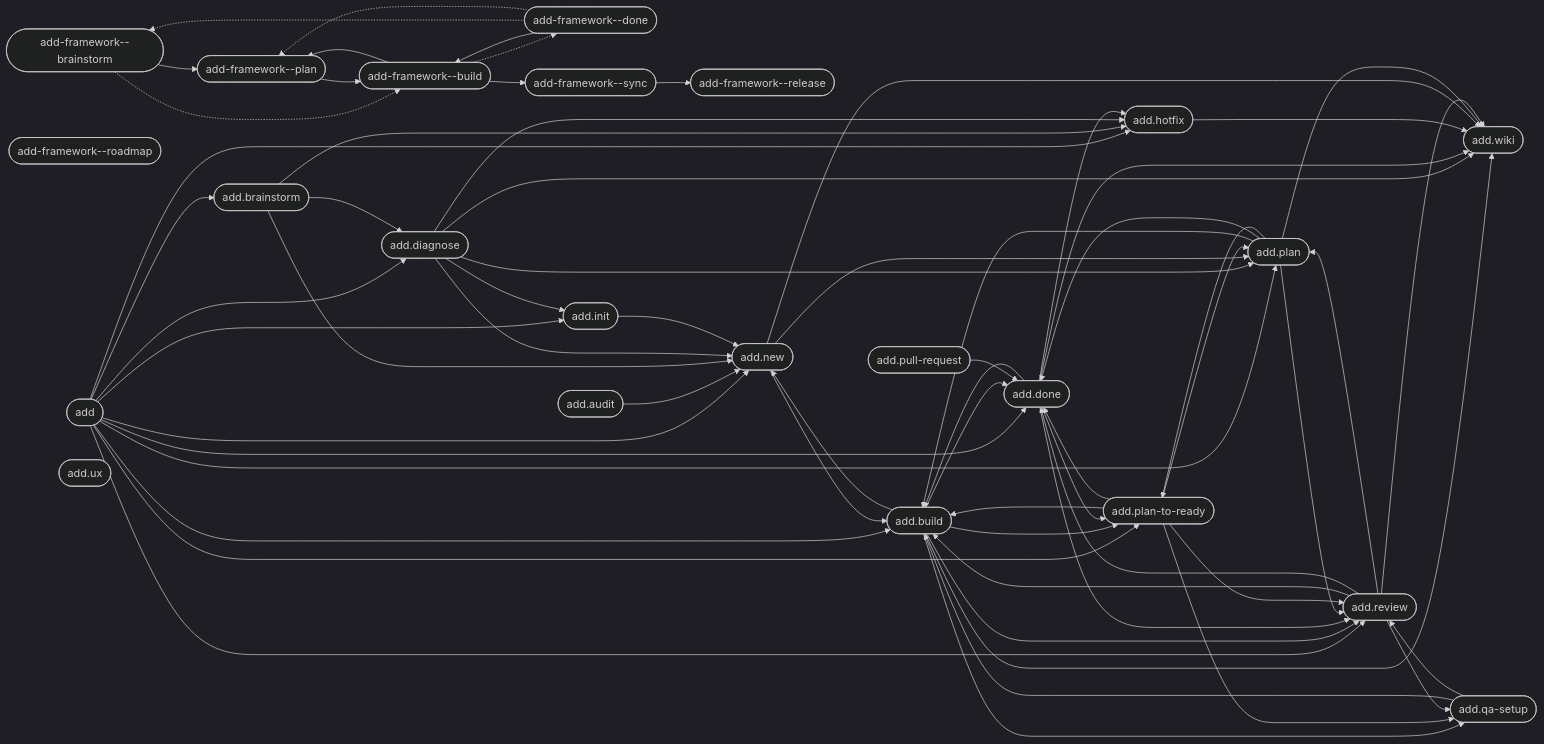
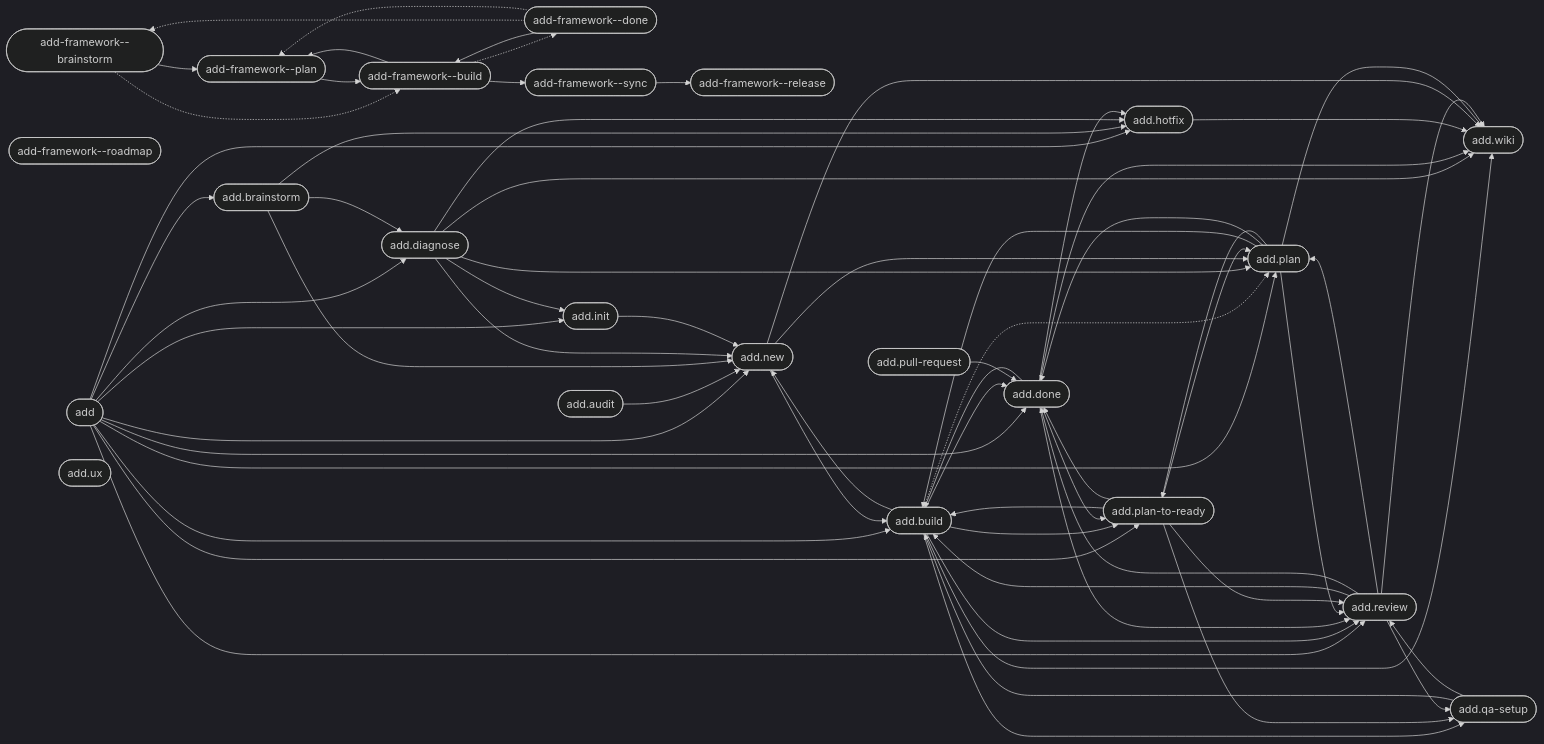
One commit to brabos-ai/code-addiction changed the diagram in web/public/artefact-graph.mmd. Above: the diagram before and after it, drawn with Mermaid (dark theme).

Commit message:
chore(internal): regenerate the artefact diagram after F14's new edge
F14 is [product] and web/ is repo root, which is the internal layer. The layer
rule opens a new block for a path the current tag does not reach, the same way
F1b did for CLAUDE.md.

One line: the dotted link from add.build to add.plan, which is how the diagram
draws a `mention:`. The readback-agent edge does not appear — the diagram's
profile renders command nodes only.

Written by `node scripts/graph.js mermaid --write`, never by hand.

F-Block: F14b (opened by the layer rule, not by the plan)
Plan: 2026-09-11T014333-PLAN--product-close-out-parity

Claude-Session: https://claude.ai/code/session_01DAK72Ew8v9BanHJyi52A7k

```diff
--- a/web/public/artefact-graph.mmd
+++ b/web/public/artefact-graph.mmd
@@ -1,87 +1,88 @@
 flowchart LR
     n_internal_command_add_framework__brainstorm(["add-framework--brainstorm"])
     n_internal_command_add_framework__build(["add-framework--build"])
     n_internal_command_add_framework__done(["add-framework--done"])
     n_internal_command_add_framework__plan(["add-framework--plan"])
     n_internal_command_add_framework__release(["add-framework--release"])
     n_internal_command_add_framework__roadmap(["add-framework--roadmap"])
     n_internal_command_add_framework__sync(["add-framework--sync"])
     n_product_command_add(["add"])
     n_product_command_add_audit(["add.audit"])
     n_product_command_add_brainstorm(["add.brainstorm"])
     n_product_command_add_build(["add.build"])
     n_product_command_add_diagnose(["add.diagnose"])
     n_product_command_add_done(["add.done"])
     n_product_command_add_hotfix(["add.hotfix"])
     n_product_command_add_init(["add.init"])
     n_product_command_add_new(["add.new"])
     n_product_command_add_plan(["add.plan"])
     n_product_command_add_plan_to_ready(["add.plan-to-ready"])
     n_product_command_add_pull_request(["add.pull-request"])
     n_product_command_add_qa_setup(["add.qa-setup"])
     n_product_command_add_review(["add.review"])
     n_product_command_add_ux(["add.ux"])
     n_product_command_add_wiki(["add.wiki"])
     n_internal_command_add_framework__brainstorm --> n_internal_command_add_framework__plan
     n_internal_command_add_framework__brainstorm -.-> n_internal_command_add_framework__build
     n_internal_command_add_framework__build --> n_internal_command_add_framework__plan
     n_internal_command_add_framework__build --> n_internal_command_add_framework__sync
     n_internal_command_add_framework__build -.-> n_internal_command_add_framework__done
     n_internal_command_add_framework__done --> n_internal_command_add_framework__build
     n_internal_command_add_framework__done -.-> n_internal_command_add_framework__brainstorm
     n_internal_command_add_framework__done -.-> n_internal_command_add_framework__plan
     n_internal_command_add_framework__plan --> n_internal_command_add_framework__build
     n_internal_command_add_framework__sync --> n_internal_command_add_framework__release
     n_product_command_add --> n_product_command_add_brainstorm
     n_product_command_add --> n_product_command_add_build
     n_product_command_add --> n_product_command_add_diagnose
     n_product_command_add --> n_product_command_add_done
     n_product_command_add --> n_product_command_add_hotfix
     n_product_command_add --> n_product_command_add_init
     n_product_command_add --> n_product_command_add_new
     n_product_command_add --> n_product_command_add_plan
     n_product_command_add --> n_product_command_add_plan_to_ready
     n_product_command_add --> n_product_command_add_review
     n_product_command_add_audit --> n_product_command_add_new
     n_product_command_add_brainstorm --> n_product_command_add_diagnose
     n_product_command_add_brainstorm --> n_product_command_add_hotfix
     n_product_command_add_brainstorm --> n_product_command_add_new
     n_product_command_add_build --> n_product_command_add_done
     n_product_command_add_build --> n_product_command_add_new
     n_product_command_add_build --> n_product_command_add_plan_to_ready
     n_product_command_add_build --> n_product_command_add_qa_setup
     n_product_command_add_build --> n_product_command_add_review
     n_product_command_add_build --> n_product_command_add_wiki
+    n_product_command_add_build -.-> n_product_command_add_plan
     n_product_command_add_diagnose --> n_product_command_add_hotfix
     n_product_command_add_diagnose --> n_product_command_add_init
     n_product_command_add_diagnose --> n_product_command_add_new
     n_product_command_add_diagnose --> n_product_command_add_plan
     n_product_command_add_diagnose --> n_product_command_add_wiki
     n_product_command_add_done --> n_product_command_add_build
     n_product_command_add_done --> n_product_command_add_hotfix
     n_product_command_add_done --> n_product_command_add_plan_to_ready
     n_product_command_add_done --> n_product_command_add_review
     n_product_command_add_done --> n_product_command_add_wiki
     n_product_command_add_hotfix --> n_product_command_add_wiki
     n_product_command_add_init --> n_product_command_add_new
     n_product_command_add_new --> n_product_command_add_build
     n_product_command_add_new --> n_product_command_add_plan
     n_product_command_add_new --> n_product_command_add_wiki
     n_product_command_add_plan --> n_product_command_add_build
     n_product_command_add_plan --> n_product_command_add_done
     n_product_command_add_plan --> n_product_command_add_plan_to_ready
     n_product_command_add_plan --> n_product_command_add_review
     n_product_command_add_plan --> n_product_command_add_wiki
     n_product_command_add_plan_to_ready --> n_product_command_add_build
     n_product_command_add_plan_to_ready --> n_product_command_add_done
     n_product_command_add_plan_to_ready --> n_product_command_add_plan
     n_product_command_add_plan_to_ready --> n_product_command_add_qa_setup
     n_product_command_add_plan_to_ready --> n_product_command_add_review
     n_product_command_add_pull_request --> n_product_command_add_done
     n_product_command_add_qa_setup --> n_product_command_add_build
     n_product_command_add_qa_setup --> n_product_command_add_review
     n_product_command_add_review --> n_product_command_add_build
     n_product_command_add_review --> n_product_command_add_done
     n_product_command_add_review --> n_product_command_add_plan
     n_product_command_add_review --> n_product_command_add_qa_setup
     n_product_command_add_review --> n_product_command_add_wiki
```
